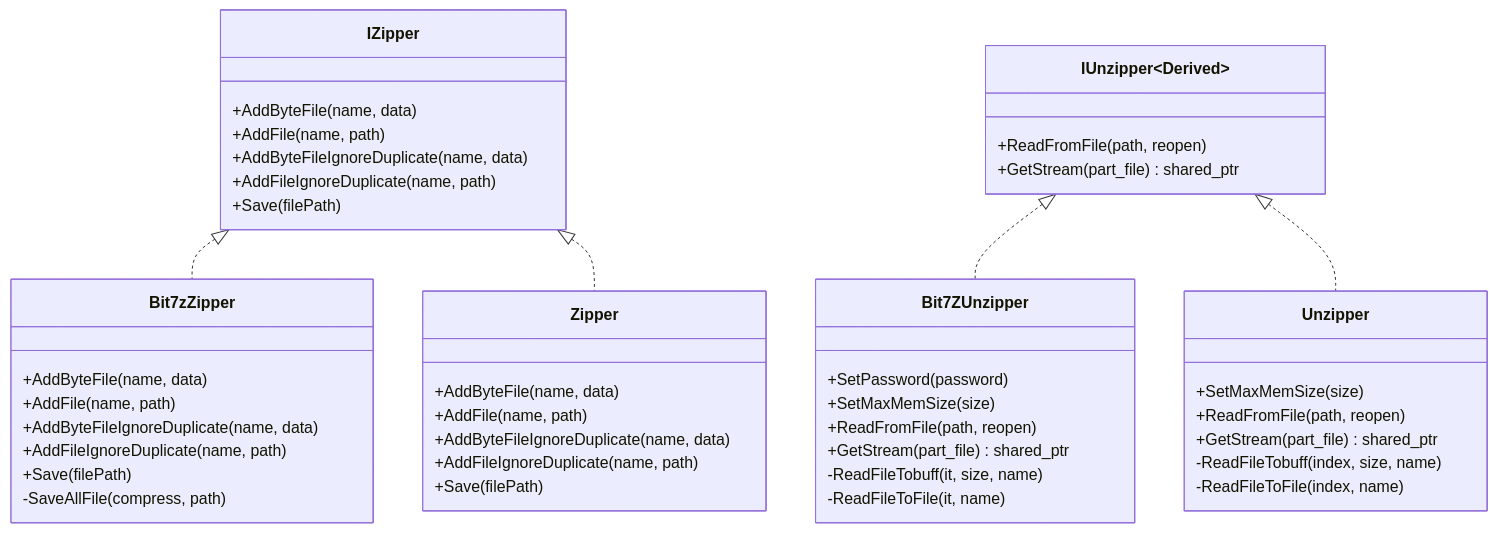
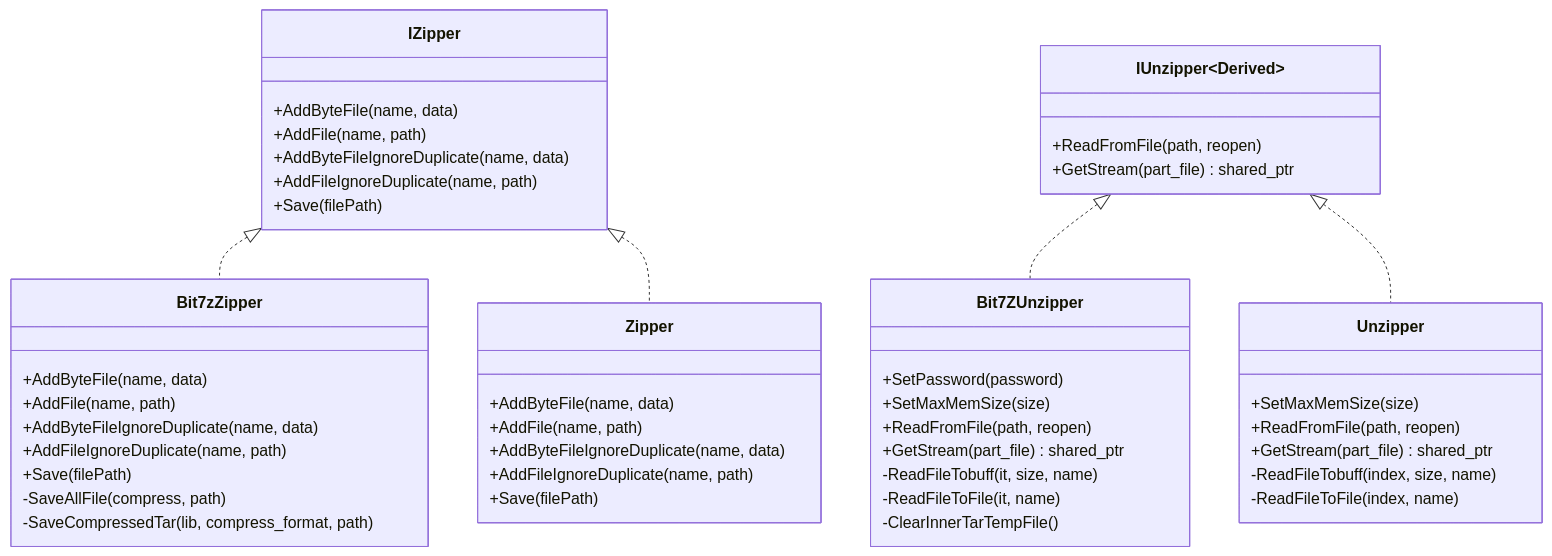
Before and after one commit to hsmbanlance/HsBaSlicer: the second of 3 diagrams in .qoder/repowiki/en/content/File I_O and Compression/File Compression and Archiving.md, drawn with Mermaid. The commit also changed other lines of this file and 20 other files, not shown here.

````diff
--- a/.qoder/repowiki/en/content/File I_O and Compression/File Compression and Archiving.md
+++ b/.qoder/repowiki/en/content/File I_O and Compression/File Compression and Archiving.md
@@ -149,48 +159,50 @@
 ```mermaid
 classDiagram
 class IZipper {
 +AddByteFile(name, data)
 +AddFile(name, path)
 +AddByteFileIgnoreDuplicate(name, data)
 +AddFileIgnoreDuplicate(name, path)
 +Save(filePath)
 }
 class IUnzipper~Derived~ {
 +ReadFromFile(path, reopen)
 +GetStream(part_file) shared_ptr<UnzipperStream>
 }
 class Bit7zZipper {
 +AddByteFile(name, data)
 +AddFile(name, path)
 +AddByteFileIgnoreDuplicate(name, data)
 +AddFileIgnoreDuplicate(name, path)
 +Save(filePath)
 -SaveAllFile(compress, path)
+-SaveCompressedTar(lib, compress_format, path)
 }
 class Bit7ZUnzipper {
 +SetPassword(password)
 +SetMaxMemSize(size)
 +ReadFromFile(path, reopen)
 +GetStream(part_file) shared_ptr<UnzipperStream>
 -ReadFileTobuff(it, size, name)
 -ReadFileToFile(it, name)
+-ClearInnerTarTempFile()
 }
 class Zipper {
 +AddByteFile(name, data)
 +AddFile(name, path)
 +AddByteFileIgnoreDuplicate(name, data)
 +AddFileIgnoreDuplicate(name, path)
 +Save(filePath)
 }
 class Unzipper {
 +SetMaxMemSize(size)
 +ReadFromFile(path, reopen)
 +GetStream(part_file) shared_ptr<UnzipperStream>
 -ReadFileTobuff(index, size, name)
 -ReadFileToFile(index, name)
 }
 IZipper <|.. Bit7zZipper
 IZipper <|.. Zipper
 IUnzipper <|.. Bit7ZUnzipper
 IUnzipper <|.. Unzipper
 ```
````
